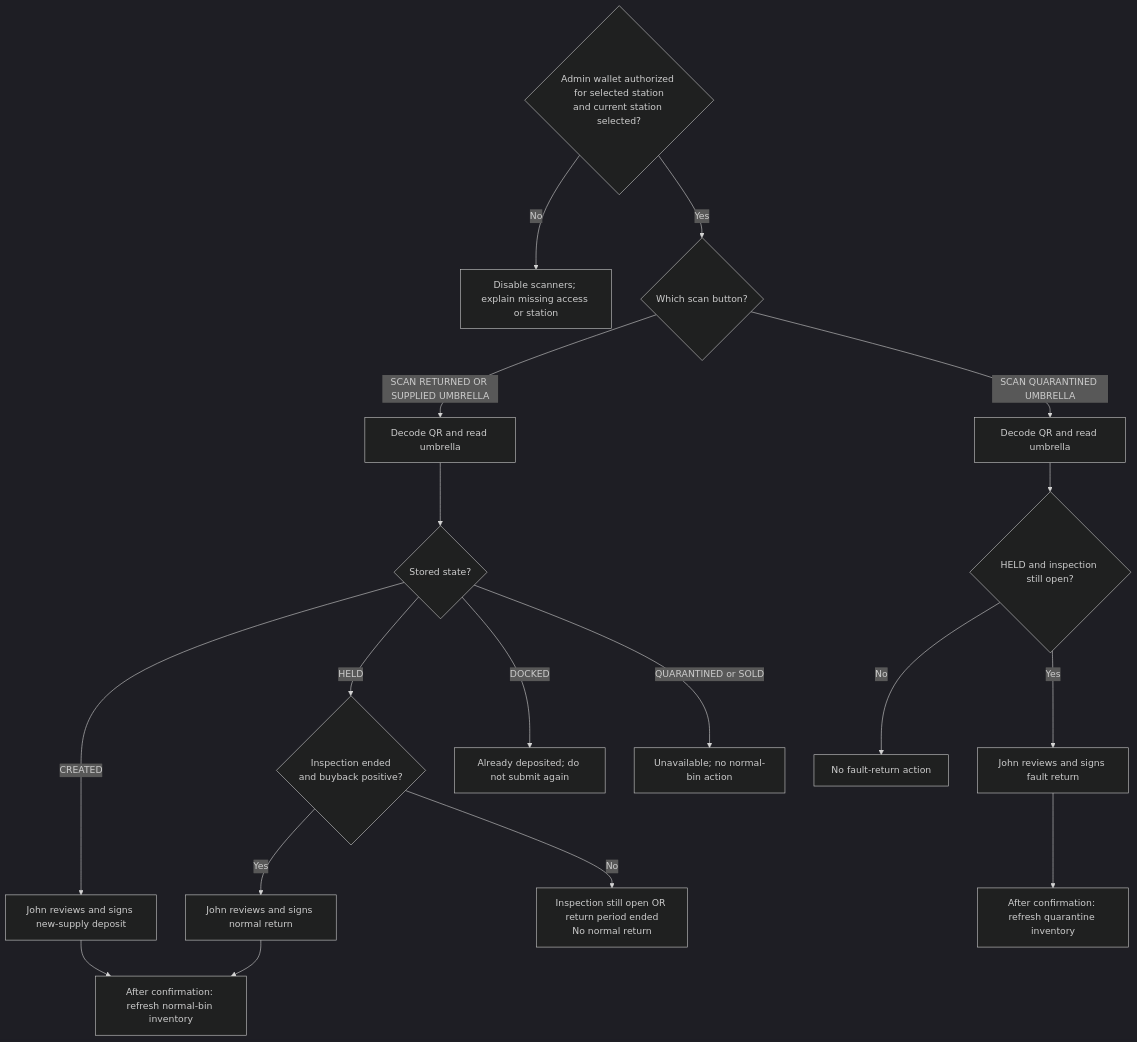
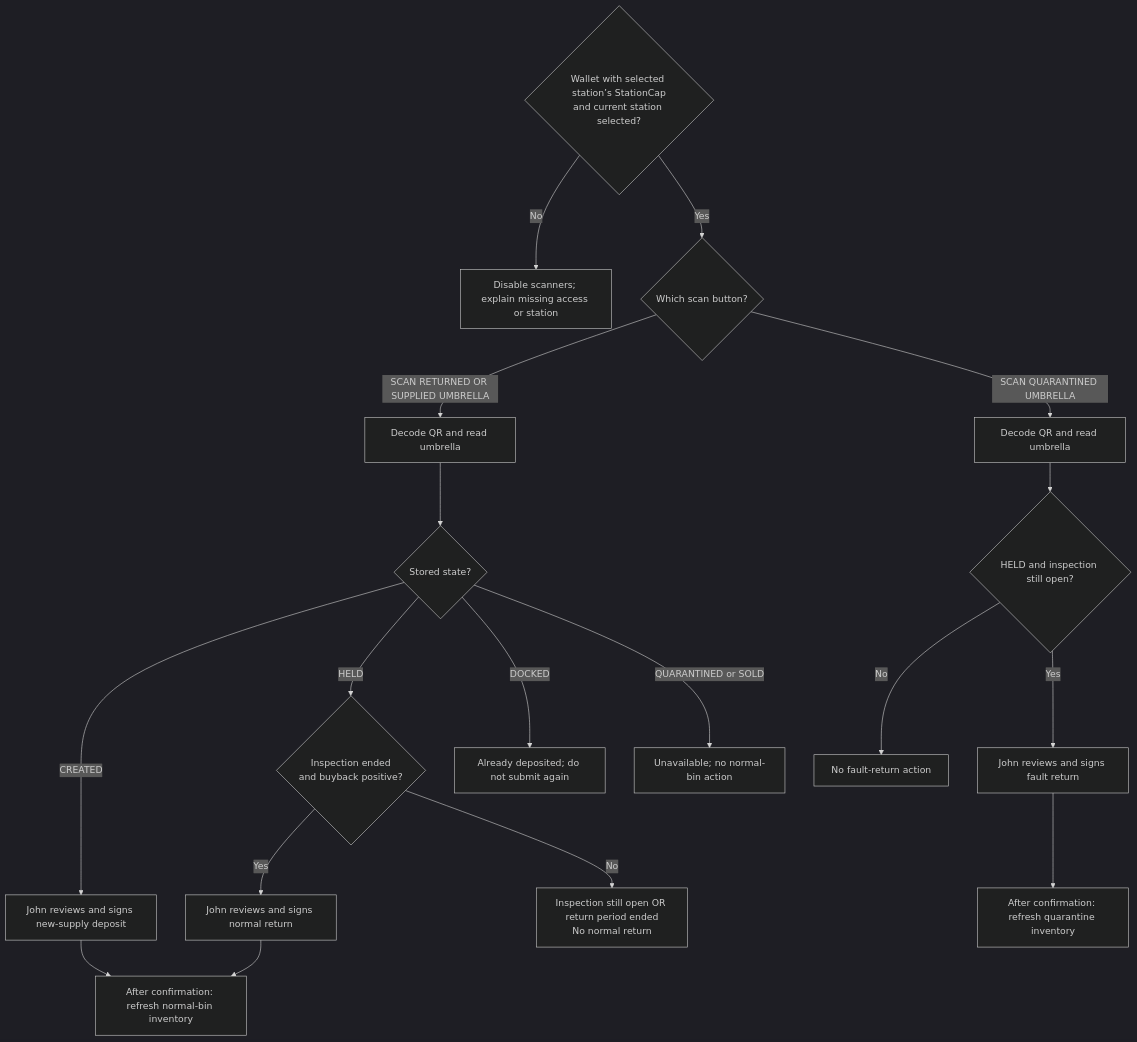
The seventh of 10 diagrams in docs/project-flows.md (towa-hi/sui-kirisame), drawn with Mermaid (dark theme) before and after one commit. The commit also changed other lines of this file and 5 other files, not shown here.

````diff
--- a/docs/project-flows.md
+++ b/docs/project-flows.md
@@ -164,21 +164,21 @@
 ```mermaid
 flowchart TD
-    Access{"Admin wallet authorized for selected station<br/>and current station selected?"}
+    Access{"Wallet with selected station’s StationCap<br/>and current station selected?"}
     Access -->|No| Disabled["Disable scanners; explain missing access or station"]
     Access -->|Yes| Button{"Which scan button?"}
     Button -->|SCAN RETURNED OR SUPPLIED UMBRELLA| Read["Decode QR and read umbrella"]
     Read --> State{"Stored state?"}
     State -->|CREATED| Deposit["John reviews and signs new-supply deposit"]
     State -->|HELD| Eligible{"Inspection ended<br/>and buyback positive?"}
     Eligible -->|Yes| Return["John reviews and signs normal return"]
     Eligible -->|No| Explain["Inspection still open OR return period ended<br/>No normal return"]
     State -->|DOCKED| Duplicate["Already deposited; do not submit again"]
     State -->|QUARANTINED or SOLD| Unavailable["Unavailable; no normal-bin action"]
     Deposit --> Success["After confirmation: refresh normal-bin inventory"]
     Return --> Success
     Button -->|SCAN QUARANTINED UMBRELLA| Fault["Decode QR and read umbrella"]
     Fault --> Window{"HELD and inspection still open?"}
     Window -->|No| Refuse["No fault-return action"]
     Window -->|Yes| Quarantine["John reviews and signs fault return"]
     Quarantine --> Confirm["After confirmation: refresh quarantine inventory"]
 ```
````
